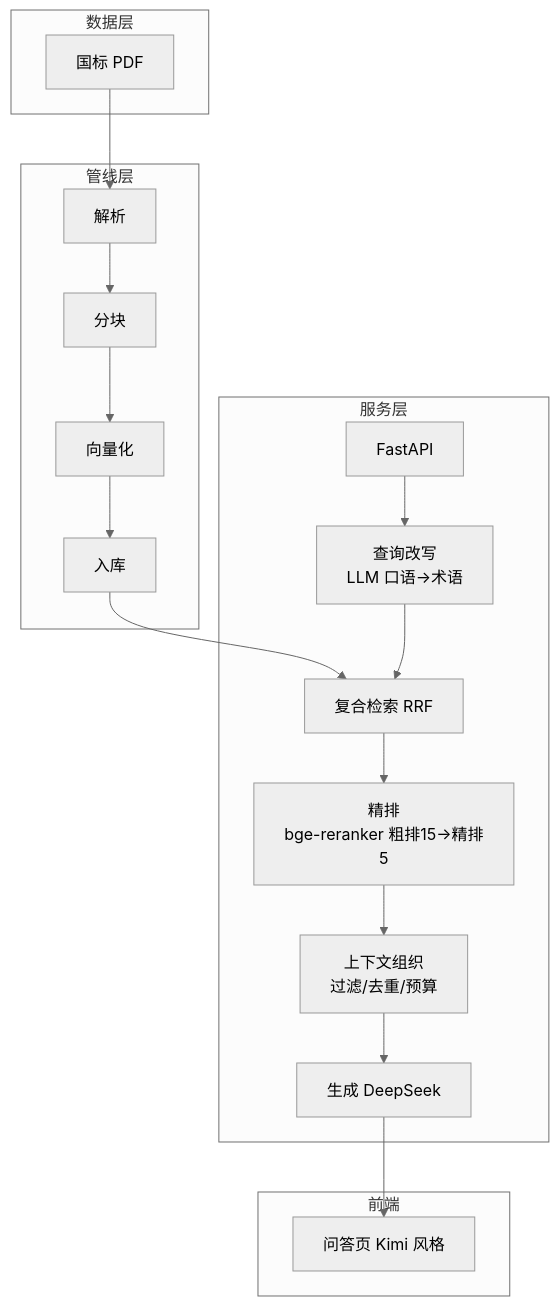
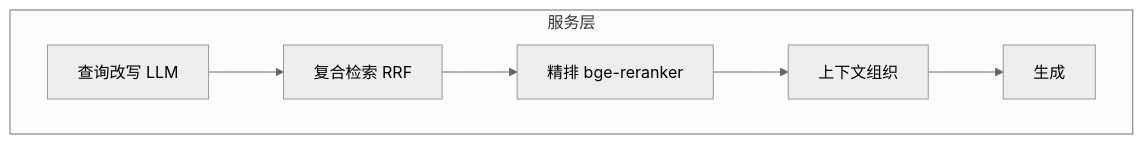
Before and after one commit to lizh996/w2-knowledge-assistant: the third of 3 diagrams in docs/02-系统架构与选型.md, drawn with Mermaid (neutral theme). The commit also changed other lines of this file and 5 other files, not shown here.

````diff
--- a/docs/02-系统架构与选型.md
+++ b/docs/02-系统架构与选型.md
@@ -68,25 +71,11 @@
 ```mermaid
 flowchart TB
-    subgraph 数据层
-        PDF[国标 PDF]
+    subgraph s1["服务层"]
+        REW[查询改写 LLM]
+        RET[复合检索 RRF]
+        RER[精排 bge-reranker]
+        ORG[上下文组织]
+        GEN[生成]
     end
-    subgraph 管线层
-        P1[解析] --> P2[分块] --> P3[向量化] --> P4[入库]
-    end
-    subgraph 服务层
-        API[FastAPI]
-        REW[查询改写<br/>LLM 口语→术语]
-        RET[复合检索 RRF]
-        RER[精排<br/>bge-reranker 粗排15→精排5]
-        ORG[上下文组织<br/>过滤/去重/预算]
-        GEN[生成 DeepSeek]
-    end
-    subgraph 前端
-        UI[问答页 Kimi 风格]
-    end
-    PDF --> P1
-    P4 --> RET
-    API --> REW --> RET
-    RET --> RER --> ORG --> GEN
-    GEN --> UI
+    REW --> RET --> RER --> ORG --> GEN
 ```
````
